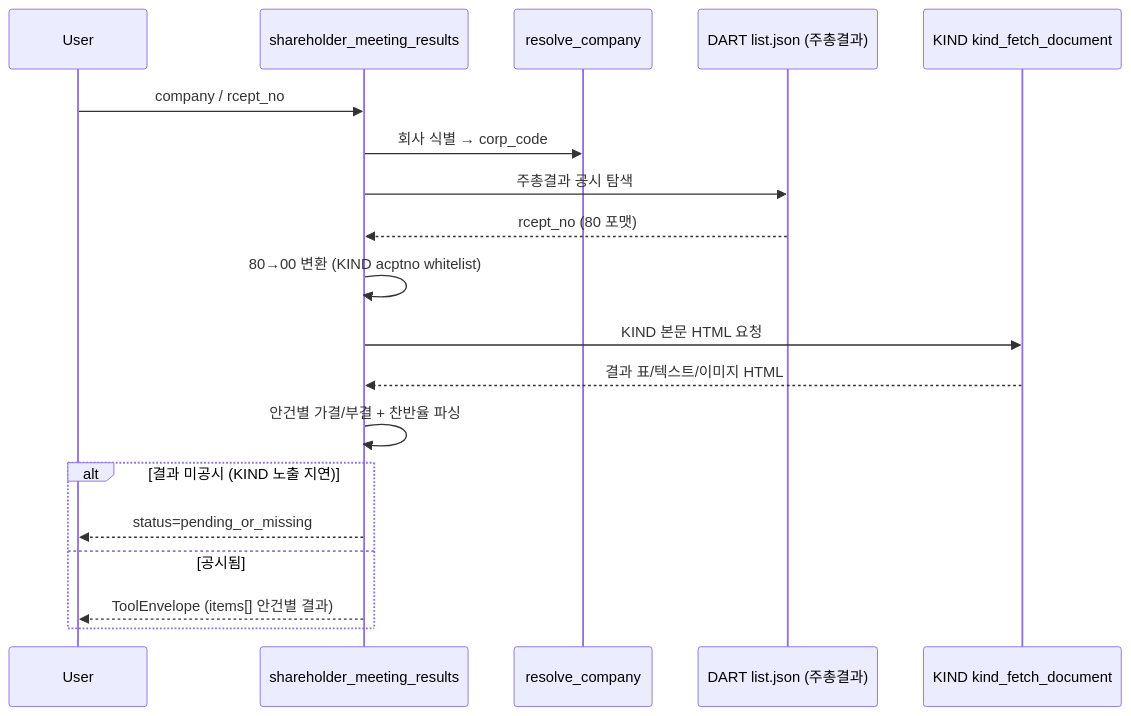
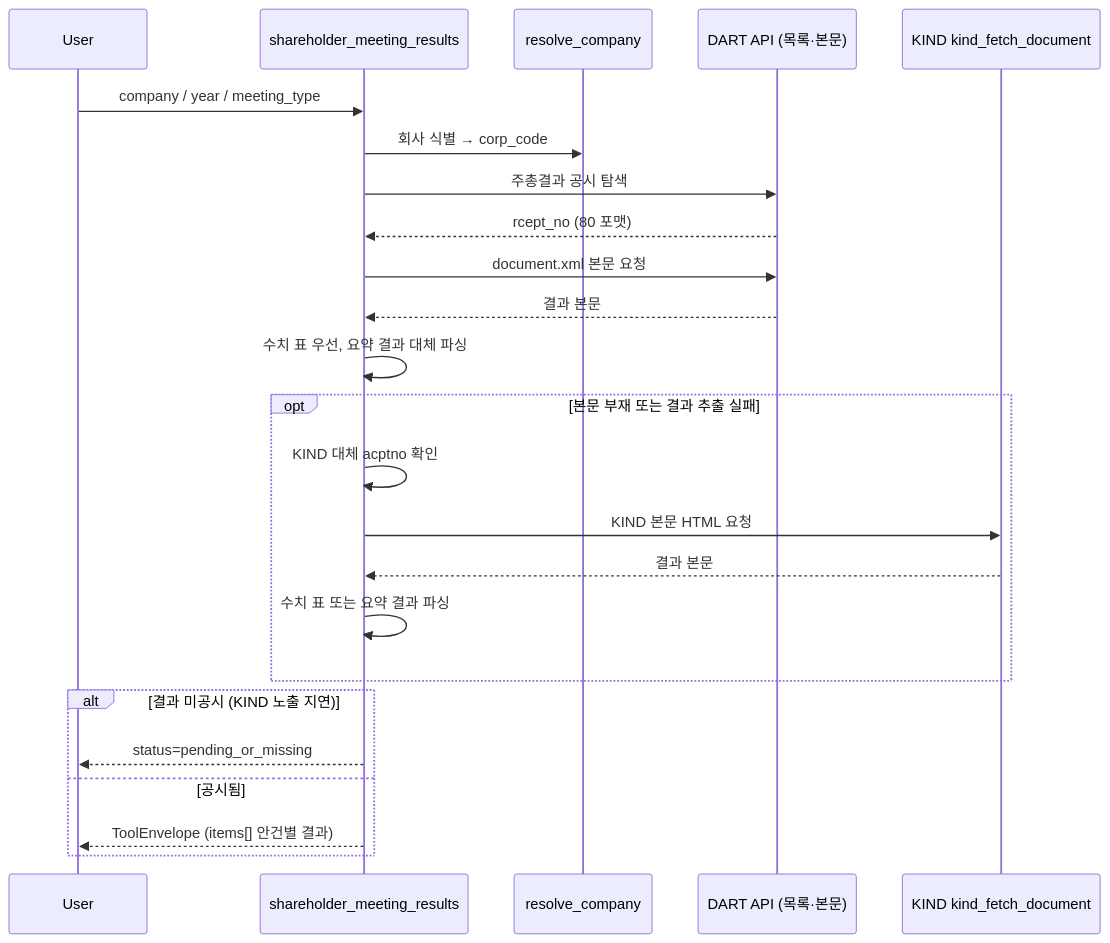
The diagram in wiki/tools/shareholder_meeting_results.md (MarcoYou/open-proxy-mcp), drawn with Mermaid before and after one commit. The commit also changed other lines of this file and 10 other files, not shown here.

````diff
--- a/wiki/tools/shareholder_meeting_results.md
+++ b/wiki/tools/shareholder_meeting_results.md
@@ -36,21 +36,26 @@
 ```mermaid
 sequenceDiagram
     participant U as User
     participant T as shareholder_meeting_results
     participant R as resolve_company
-    participant D as DART list.json (주총결과)
+    participant D as DART API (목록·본문)
     participant K as KIND kind_fetch_document
-    U->>T: company / rcept_no
+    U->>T: company / year / meeting_type
     T->>R: 회사 식별 → corp_code
     T->>D: 주총결과 공시 탐색
     D-->>T: rcept_no (80 포맷)
-    T->>T: 80→00 변환 (KIND acptno whitelist)
-    T->>K: KIND 본문 HTML 요청
-    K-->>T: 결과 표/텍스트/이미지 HTML
-    T->>T: 안건별 가결/부결 + 찬반율 파싱
+    T->>D: document.xml 본문 요청
+    D-->>T: 결과 본문
+    T->>T: 수치 표 우선, 요약 결과 대체 파싱
+    opt 본문 부재 또는 결과 추출 실패
+        T->>T: KIND 대체 acptno 확인
+        T->>K: KIND 본문 HTML 요청
+        K-->>T: 결과 본문
+        T->>T: 수치 표 또는 요약 결과 파싱
+    end
     alt 결과 미공시 (KIND 노출 지연)
         T-->>U: status=pending_or_missing
     else 공시됨
         T-->>U: ToolEnvelope (items[] 안건별 결과)
     end
 ```
````
